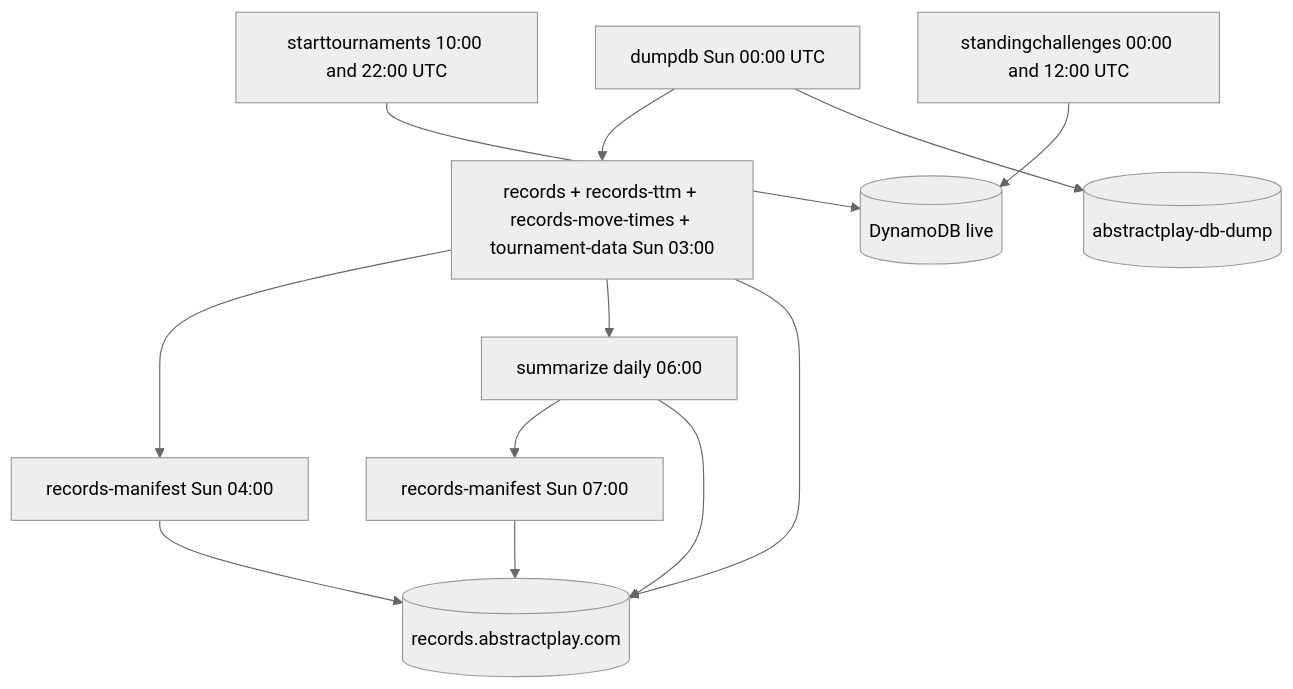
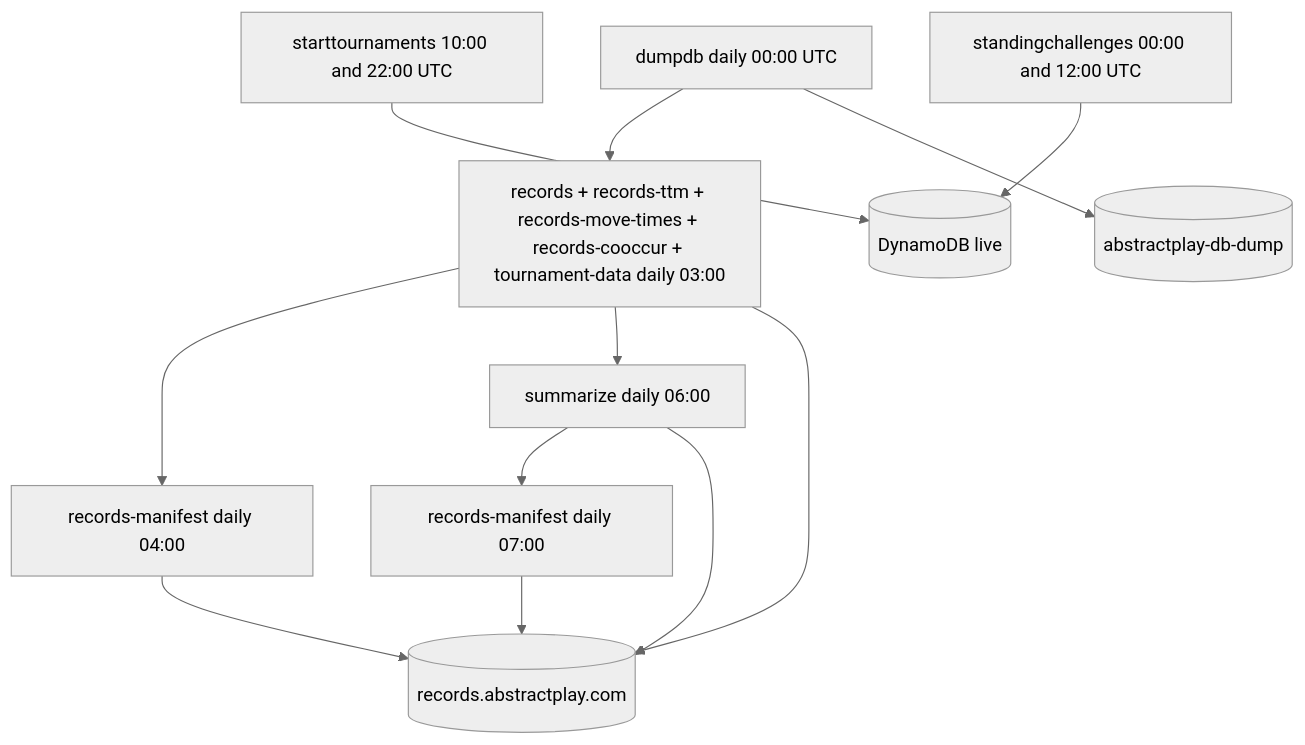
Before and after one commit to AbstractPlay/backend-crons: the diagram in docs/pipeline.md, drawn with Mermaid (neutral theme). The commit also changed other lines of this file and 11 other files, not shown here.

````diff
--- a/docs/pipeline.md
+++ b/docs/pipeline.md
@@ -21,14 +23,14 @@
 ```mermaid
 flowchart TD
-    dumpdb["dumpdb Sun 00:00 UTC"] --> batch["records + records-ttm + records-move-times + tournament-data Sun 03:00"]
-    batch --> manifest1["records-manifest Sun 04:00"]
+    dumpdb["dumpdb daily 00:00 UTC"] --> batch["records + records-ttm + records-move-times + records-cooccur + tournament-data daily 03:00"]
+    batch --> manifest1["records-manifest daily 04:00"]
     batch --> summarize["summarize daily 06:00"]
-    summarize --> manifest2["records-manifest Sun 07:00"]
+    summarize --> manifest2["records-manifest daily 07:00"]
     live1["starttournaments 10:00 and 22:00 UTC"] --> ddb[(DynamoDB live)]
     live2["standingchallenges 00:00 and 12:00 UTC"] --> ddb
     dumpdb --> s3dump[(abstractplay-db-dump)]
     batch --> s3rec[(records.abstractplay.com)]
     summarize --> s3rec
     manifest1 --> s3rec
     manifest2 --> s3rec
 ```
````
